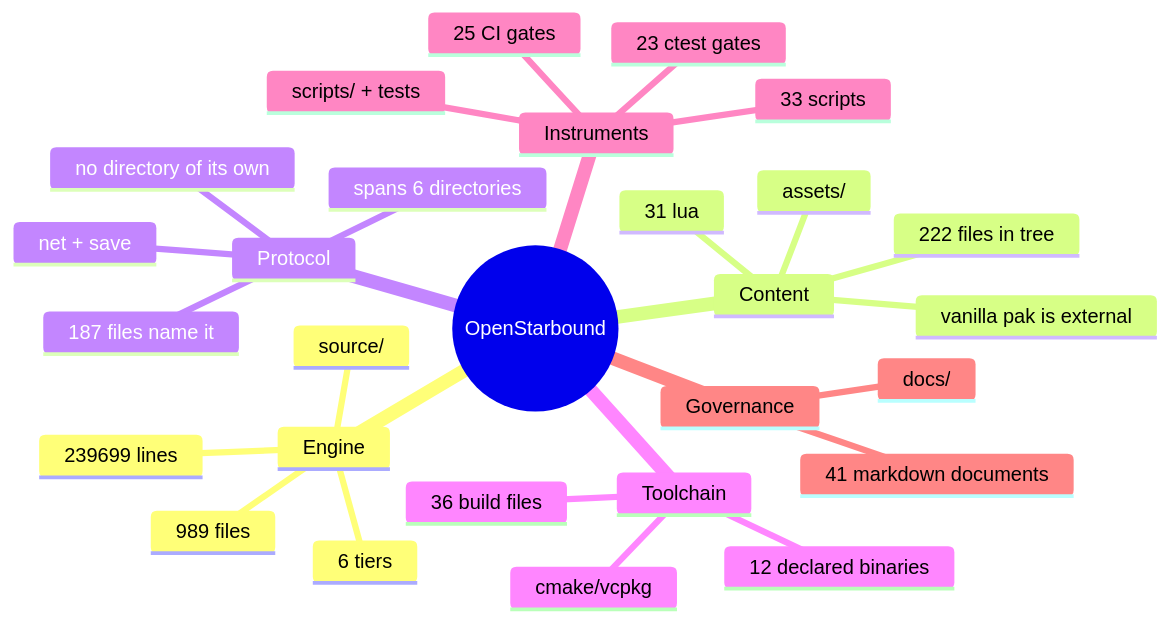
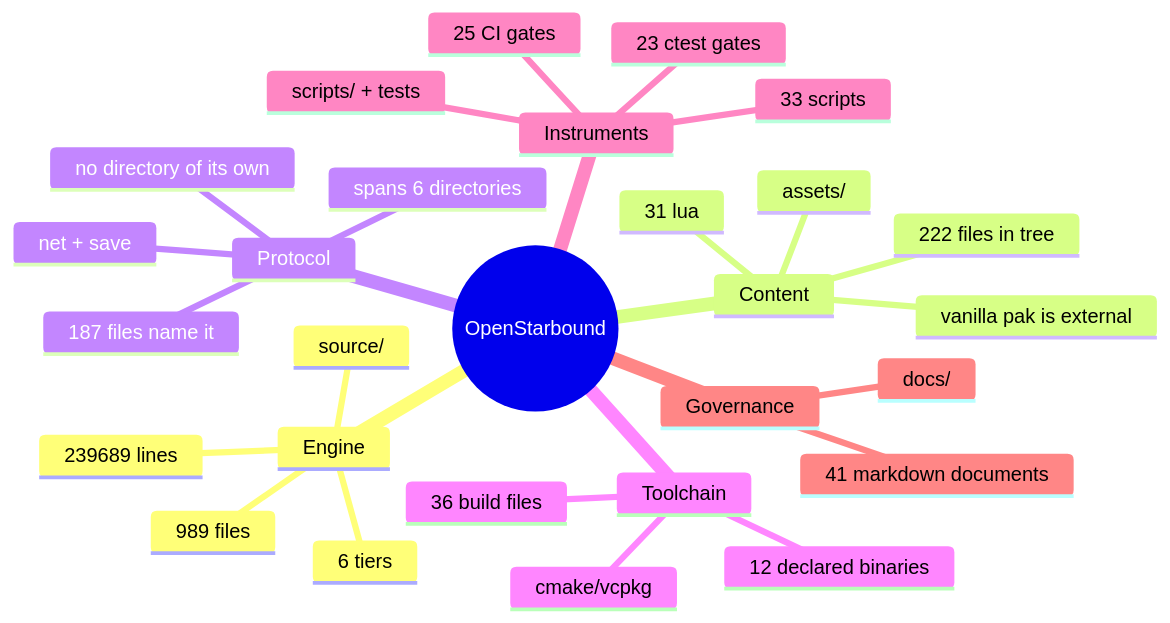
Before and after one commit to apnex/OpenStarbound: the second of 11 diagrams in docs/architecture/system-boundaries.md, drawn with Mermaid. The commit also changed other lines of this file and 1 other file, not shown here.

````diff
--- a/docs/architecture/system-boundaries.md
+++ b/docs/architecture/system-boundaries.md
@@ -166,31 +166,31 @@
 ```mermaid
 mindmap
   root((OpenStarbound))
     Engine
       source/
       989 files
-      239699 lines
+      239689 lines
       6 tiers
     Content
       assets/
       222 files in tree
       31 lua
       vanilla pak is external
     Protocol
       net + save
       187 files name it
       spans 6 directories
       no directory of its own
     Toolchain
       cmake/vcpkg
       36 build files
       12 declared binaries
     Instruments
       scripts/ + tests
       33 scripts
       23 ctest gates
       25 CI gates
     Governance
       docs/
       41 markdown documents
 ```
````
